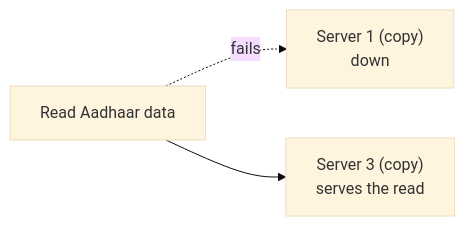
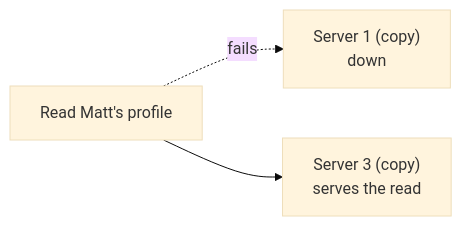
One commit to aaryan-pradhan/core-cs-fundamentals changed the sixth of 13 diagrams in dbms/15-nosql.md. Above: the diagram before and after it, drawn with Mermaid (base theme). The commit also changed other lines of this file, not shown here.

````diff
--- a/dbms/15-nosql.md
+++ b/dbms/15-nosql.md
@@ -125,5 +101,5 @@
 ```mermaid
 flowchart LR
-  Q["Read Aadhaar data"] -. "fails" .-> S1["Server 1 (copy)<br/>down"]
+  Q["Read Matt's profile"] -. "fails" .-> S1["Server 1 (copy)<br/>down"]
   Q --> S3["Server 3 (copy)<br/>serves the read"]
 ```
````
